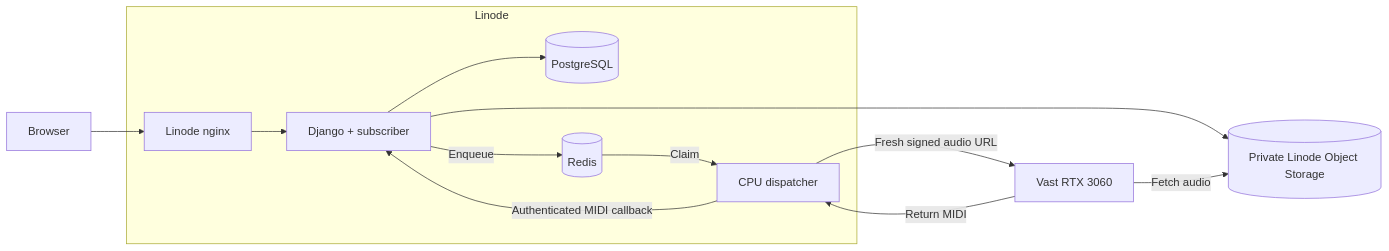
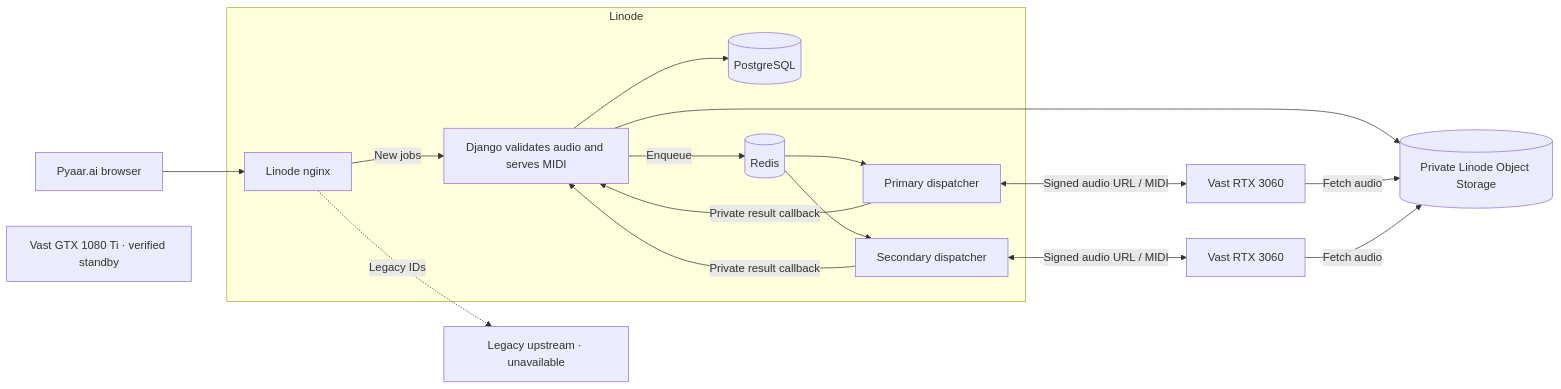
One commit to osamja/whats-the-tab changed the diagram in docs/handoff-linode-cutover.md. Above: the diagram before and after it, drawn with Mermaid.

Commit message:
Diagram the live Linode transcription architecture

````diff
--- a/docs/handoff-linode-cutover.md
+++ b/docs/handoff-linode-cutover.md
@@ -26,15 +26,20 @@
 ```mermaid
 flowchart LR
-    Browser["Browser"] --> Nginx["Linode nginx"]
+    Browser["Pyaar.ai browser"] --> Nginx["Linode nginx"]
     subgraph Linode
-        Nginx --> Web["Django + subscriber"]
+        Nginx -->|"New jobs"| Web["Django validates audio and serves MIDI"]
         Web --> DB[("PostgreSQL")]
         Web -->|"Enqueue"| Redis[("Redis")]
-        Redis -->|"Claim"| Dispatcher["CPU dispatcher"]
-        Dispatcher -->|"Authenticated MIDI callback"| Web
+        Redis --> D1["Primary dispatcher"]
+        Redis --> D2["Secondary dispatcher"]
+        D1 -->|"Private result callback"| Web
+        D2 -->|"Private result callback"| Web
     end
+    Nginx -.->|"Legacy IDs"| Old["Legacy upstream · unavailable"]
     Web --> Bucket[("Private Linode Object Storage")]
-    Dispatcher -->|"Fresh signed audio URL"| Vast["Vast RTX 3060"]
-    Vast -->|"Fetch audio"| Bucket
-    Vast -->|"Return MIDI"| Dispatcher
+    D1 <-->|"Signed audio URL / MIDI"| G1["Vast RTX 3060"]
+    D2 <-->|"Signed audio URL / MIDI"| G2["Vast RTX 3060"]
+    G1 -->|"Fetch audio"| Bucket
+    G2 -->|"Fetch audio"| Bucket
+    Standby["Vast GTX 1080 Ti · verified standby"]
 ```
````
